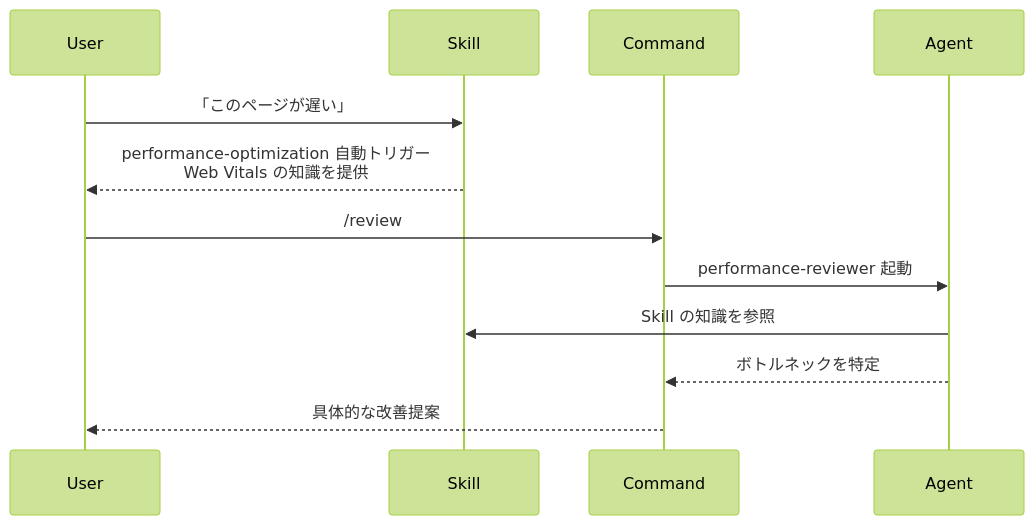
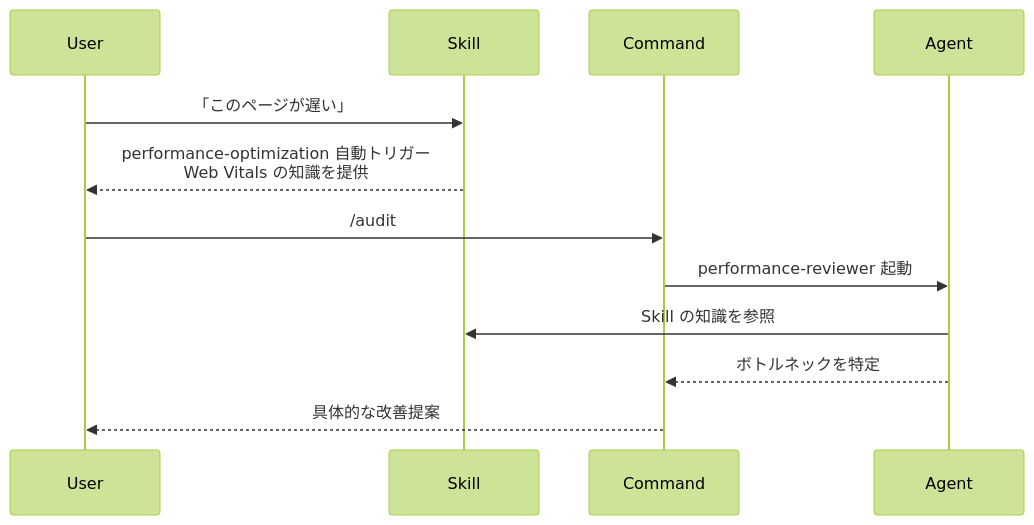
One commit to thkt/dotclaude changed the diagram in docs/guides/part1-three-layer-architecture.md. Above: the diagram before and after it, drawn with Mermaid (forest theme). The commit also changed other lines of this file and 68 other files, not shown here.

Commit message:
ドキュメントの更新: コードレビューオーケストレーションを「/review」から「/audit」に変更し、関連するコマンドとドキュメントを整備しました。また、新しい「audit-orchestrator」を追加し、フロントエンドコードレビューの管理を強化しました。これにより、レビューの質と効率が向上します。

````diff
--- a/docs/guides/part1-three-layer-architecture.md
+++ b/docs/guides/part1-three-layer-architecture.md
@@ -43,15 +43,15 @@
 ```mermaid
 sequenceDiagram
     participant U as User
     participant S as Skill
     participant C as Command
     participant A as Agent
 
     U->>S: 「このページが遅い」
     S-->>U: performance-optimization 自動トリガー<br/>Web Vitals の知識を提供
-    U->>C: /review
+    U->>C: /audit
     C->>A: performance-reviewer 起動
     A->>S: Skill の知識を参照
     A-->>C: ボトルネックを特定
     C-->>U: 具体的な改善提案
 ```
````
